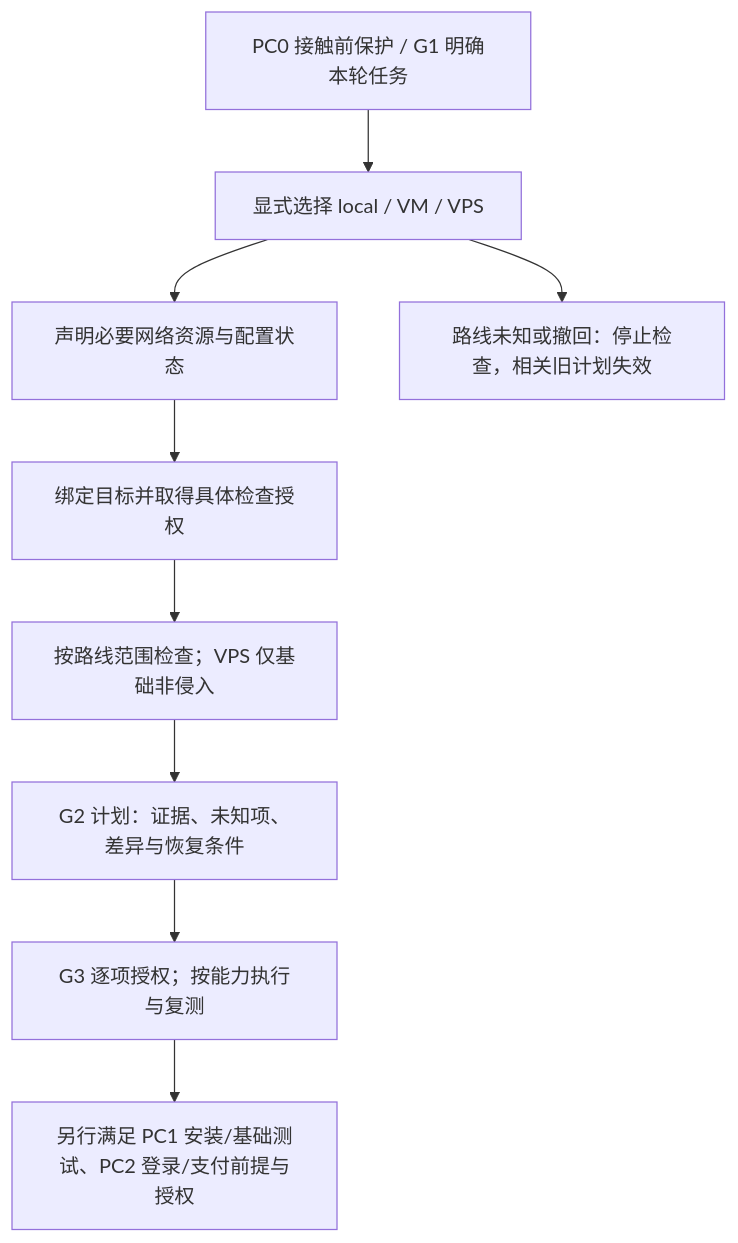
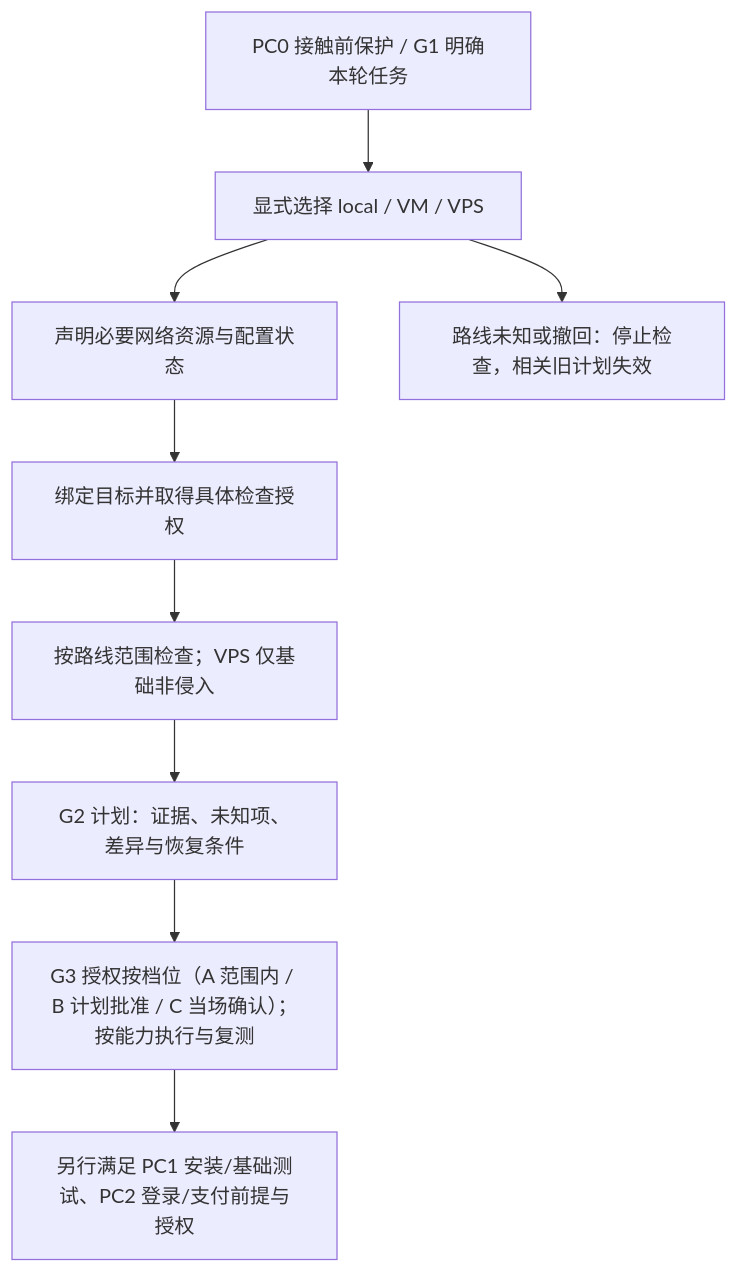
One commit to DUNHKpcc/Claude-Guardian changed the second of 2 diagrams in README.md. Above: the diagram before and after it, drawn with Mermaid. The commit also changed other lines of this file and 1 other file, not shown here.

````diff
--- a/README.md
+++ b/README.md
@@ -100,11 +193,11 @@
 ```mermaid
 flowchart TD
     A["PC0 接触前保护 / G1 明确本轮任务"] --> B["显式选择 local / VM / VPS"]
     B --> C["声明必要网络资源与配置状态"]
     C --> D["绑定目标并取得具体检查授权"]
     D --> E["按路线范围检查；VPS 仅基础非侵入"]
     E --> F["G2 计划：证据、未知项、差异与恢复条件"]
-    F --> G["G3 逐项授权；按能力执行与复测"]
+    F --> G["G3 授权按档位（A 范围内 / B 计划批准 / C 当场确认）；按能力执行与复测"]
     G --> H["另行满足 PC1 安装/基础测试、PC2 登录/支付前提与授权"]
     B --> I["路线未知或撤回：停止检查，相关旧计划失效"]
 ```
````
